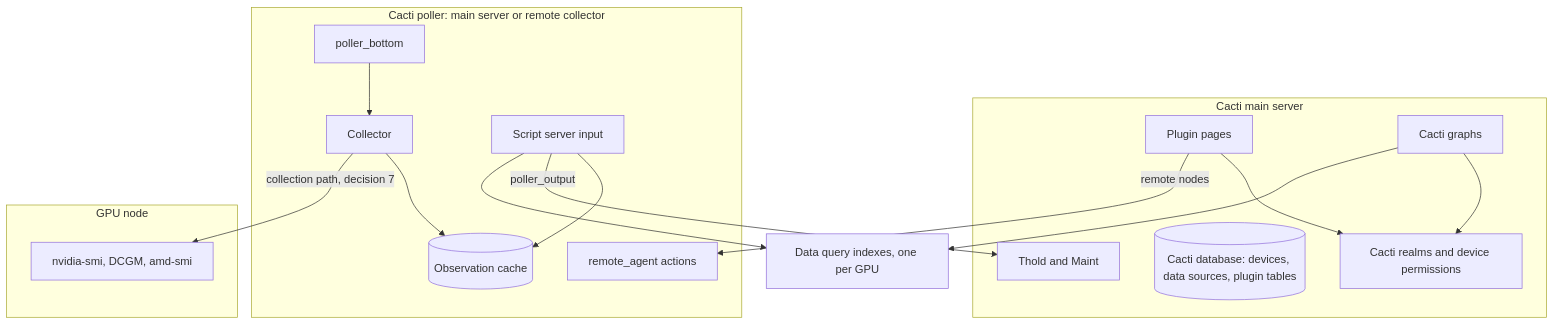
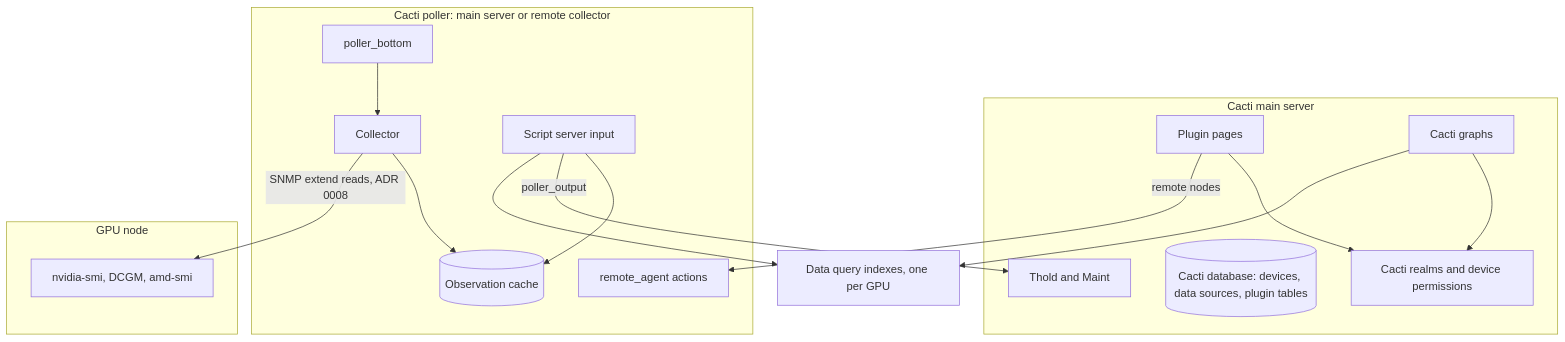
Before and after one commit to somethingwithproof/plugin_gpu: the diagram in docs/PLAN.md, drawn with Mermaid. The commit also changed other lines of this file and 74 other files, not shown here.

````diff
--- a/docs/PLAN.md
+++ b/docs/PLAN.md
@@ -185,23 +185,23 @@
 ```mermaid
 flowchart TB
     subgraph Main["Cacti main server"]
         UI[Plugin pages] --> PERM[Cacti realms and device permissions]
         GR[Cacti graphs] --> PERM
         DB[(Cacti database: devices, data sources, plugin tables)]
         THOLD[Thold and Maint]
     end
     subgraph Poller["Cacti poller: main server or remote collector"]
         PB[poller_bottom] --> COL[Collector]
         COL --> CACHE[(Observation cache)]
         SS[Script server input] --> CACHE
         RA[remote_agent actions]
     end
     subgraph Node["GPU node"]
         TOOL[nvidia-smi, DCGM, amd-smi]
     end
-    COL -->|collection path, decision 7| TOOL
+    COL -->|SNMP extend reads, ADR 0008| TOOL
     SS -->|poller_output| THOLD
     GR --> DQ[Data query indexes, one per GPU]
     SS --> DQ
     UI -->|remote nodes| RA
 ```
````
